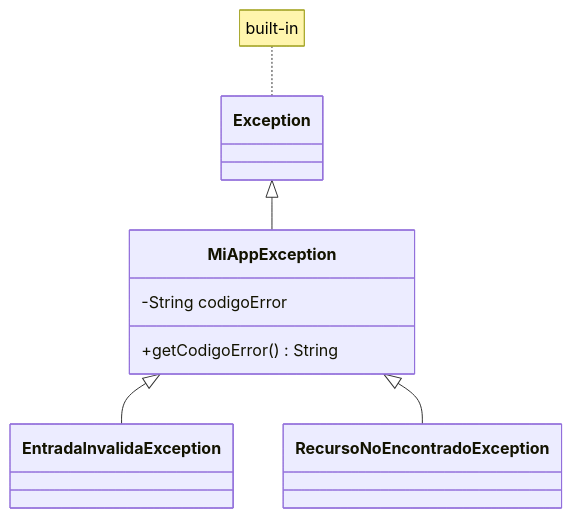
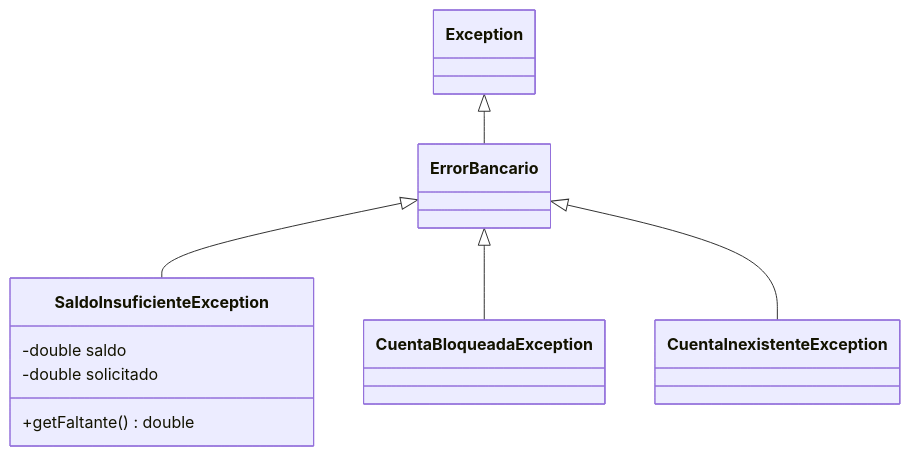
The diagram in public/documents/semester-1/3/1372.md (djaimej/computer-science-template), drawn with Mermaid before and after one commit. The commit also changed other lines of this file and 3 other files, not shown here.

````diff
--- a/public/documents/semester-1/3/1372.md
+++ b/public/documents/semester-1/3/1372.md
@@ -56,16 +62,12 @@
 ```mermaid
 classDiagram
-    class Exception
-    class MiAppException {
-        -String codigoError
-        +getCodigoError() String
-    }
-    class EntradaInvalidaException
-    class RecursoNoEncontradoException
-
-    note for Exception "built-in"
-
-    Exception <|-- MiAppException
-    MiAppException <|-- EntradaInvalidaException
-    MiAppException <|-- RecursoNoEncontradoException
+  Exception <|-- ErrorBancario
+  ErrorBancario <|-- SaldoInsuficienteException
+  ErrorBancario <|-- CuentaBloqueadaException
+  ErrorBancario <|-- CuentaInexistenteException
+  class SaldoInsuficienteException {
+    -double saldo
+    -double solicitado
+    +getFaltante() double
+  }
 ```
````
